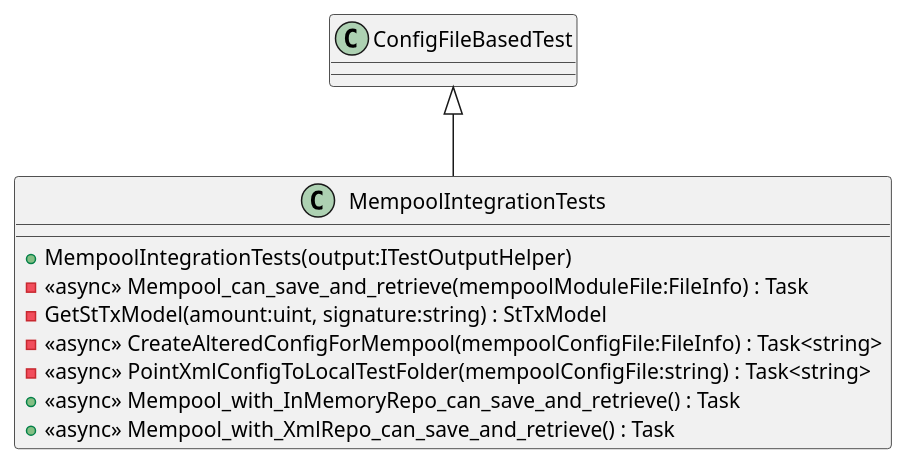
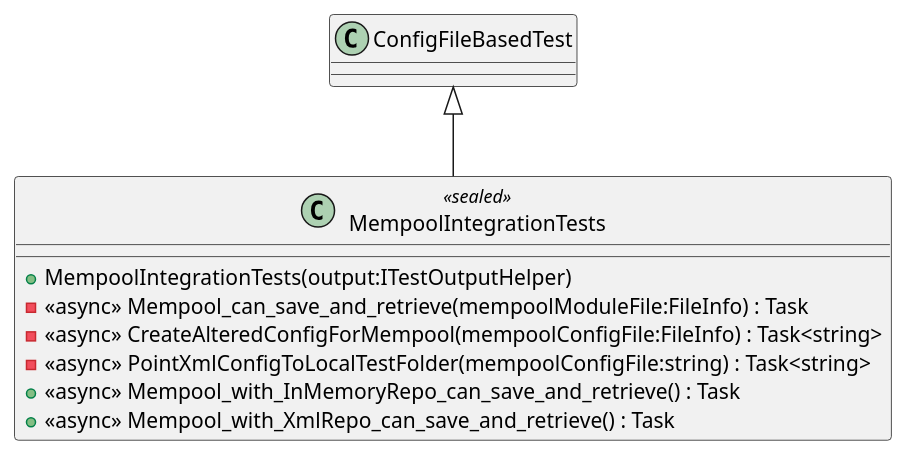
Before and after one commit to catalyst-network/Catalyst: the diagram in Documentation/UML/Catalyst.Node.Core.UnitTests/Modules/Mempool/MempoolIntegrationTests.puml, drawn with PlantUML. The commit also changed 285 other files, not shown here.

Commit message:
update uml

```diff
--- a/Documentation/UML/Catalyst.Node.Core.UnitTests/Modules/Mempool/MempoolIntegrationTests.puml
+++ b/Documentation/UML/Catalyst.Node.Core.UnitTests/Modules/Mempool/MempoolIntegrationTests.puml
@@ -1,12 +1,11 @@
 @startuml
-class MempoolIntegrationTests {
+class MempoolIntegrationTests <<sealed>> {
     + MempoolIntegrationTests(output:ITestOutputHelper)
     - <<async>> Mempool_can_save_and_retrieve(mempoolModuleFile:FileInfo) : Task
-    - GetStTxModel(amount:uint, signature:string) : StTxModel
     - <<async>> CreateAlteredConfigForMempool(mempoolConfigFile:FileInfo) : Task<string>
     - <<async>> PointXmlConfigToLocalTestFolder(mempoolConfigFile:string) : Task<string>
     + <<async>> Mempool_with_InMemoryRepo_can_save_and_retrieve() : Task
     + <<async>> Mempool_with_XmlRepo_can_save_and_retrieve() : Task
 }
 ConfigFileBasedTest <|-- MempoolIntegrationTests
 @enduml
```
